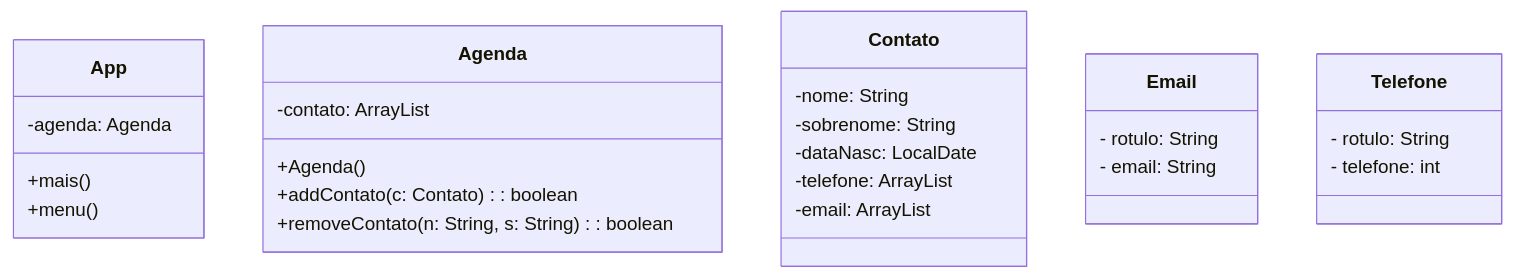
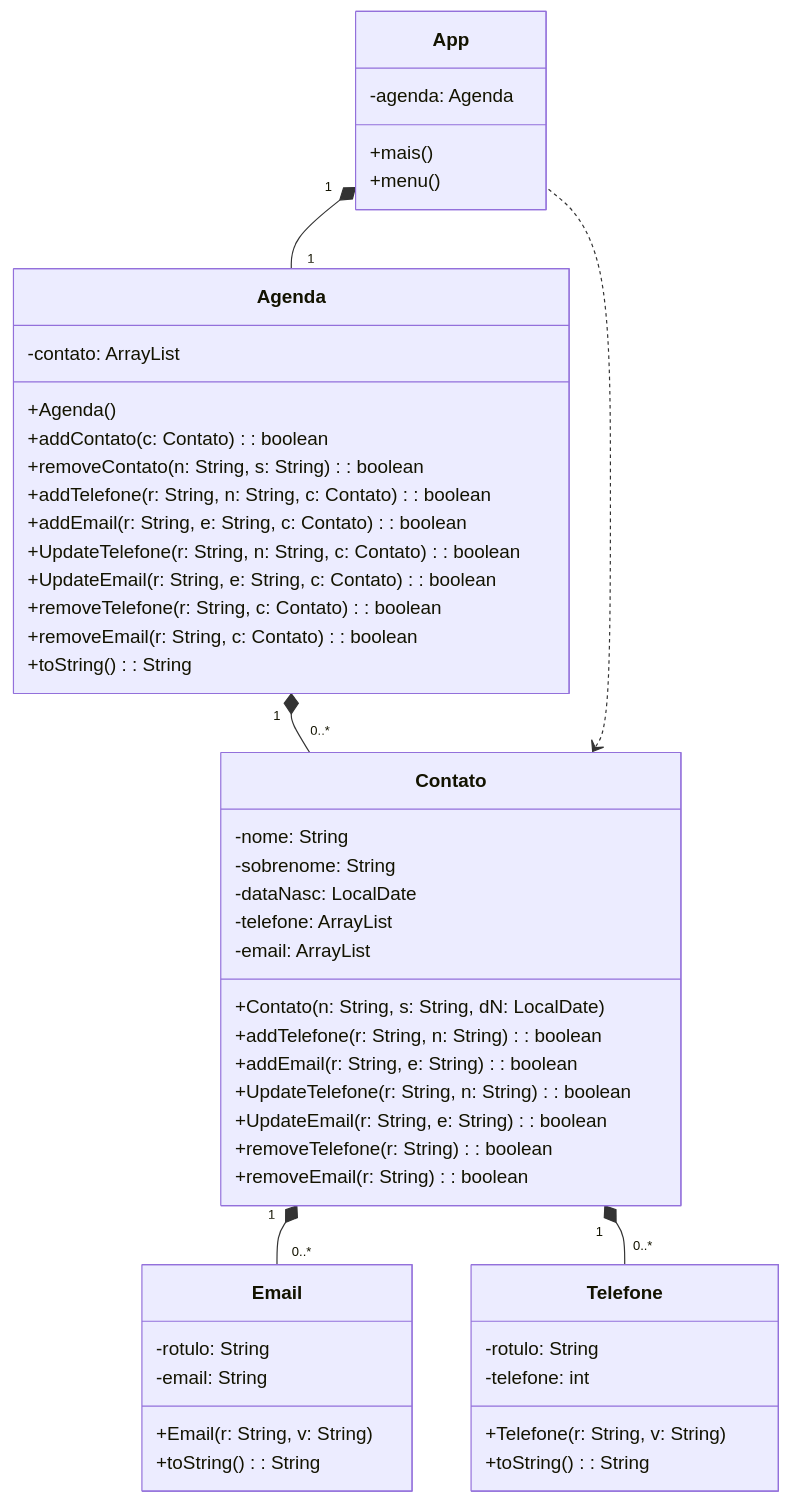
The diagram in Exercicios/IFSC/exercicio03/Readme.md (Eduardo-Madeira/IFSC_POO), drawn with Mermaid before and after one commit. The commit also changed 6 other files, not shown here.

````diff
--- a/Exercicios/IFSC/exercicio03/Readme.md
+++ b/Exercicios/IFSC/exercicio03/Readme.md
@@ -3,33 +3,60 @@
 ```mermaid
 classDiagram
     class App{
         -agenda: Agenda
         +mais()
         +menu()
     }
 
+    App "1" *-- "1" Agenda
+
     class Agenda{
         -contato: ArrayList<Contato>
         +Agenda()
         +addContato(c: Contato): boolean
         +removeContato(n: String, s: String): boolean
+        +addTelefone(r: String, n: String, c: Contato): boolean
+        +addEmail(r: String, e: String, c: Contato): boolean
+        +UpdateTelefone(r: String, n: String, c: Contato): boolean
+        +UpdateEmail(r: String, e: String, c: Contato): boolean
+        +removeTelefone(r: String, c: Contato): boolean
+        +removeEmail(r: String, c: Contato): boolean
+        +toString(): String
     }
+
+    Contato <.. App
+    Agenda "1" *-- "0..*" Contato
 
     class Contato{
         -nome: String
         -sobrenome: String 
         -dataNasc: LocalDate 
         -telefone: ArrayList<Telefone> 
-        -email: ArrayList<Email> 
+        -email: ArrayList<Email>
+        +Contato(n: String, s: String, dN: LocalDate)
+        +addTelefone(r: String, n: String): boolean
+        +addEmail(r: String, e: String): boolean
+        +UpdateTelefone(r: String, n: String): boolean
+        +UpdateEmail(r: String, e: String): boolean
+        +removeTelefone(r: String): boolean
+        +removeEmail(r: String): boolean
     }
 
-    class Email{
-        - rotulo: String 
-        - email: String
+    Contato "1" *-- "0..*" Email
+
+    class Telefone{
+        -rotulo: String 
+        -telefone: int
+        +Telefone(r: String, v: String)
+        +toString(): String
     }
 
-    class Telefone{
-        - rotulo: String 
-        - telefone: int 
+    Contato "1" *-- "0..*" Telefone
+    
+    class Email{
+        -rotulo: String 
+        -email: String
+        +Email(r: String, v: String)
+        +toString(): String
     }
 ```
````
